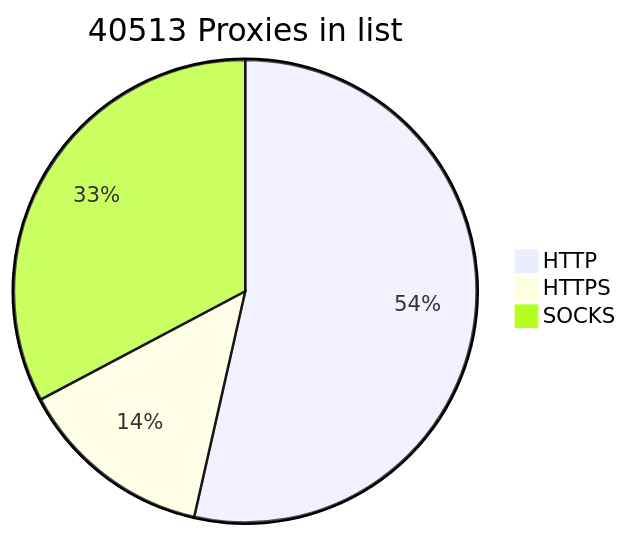
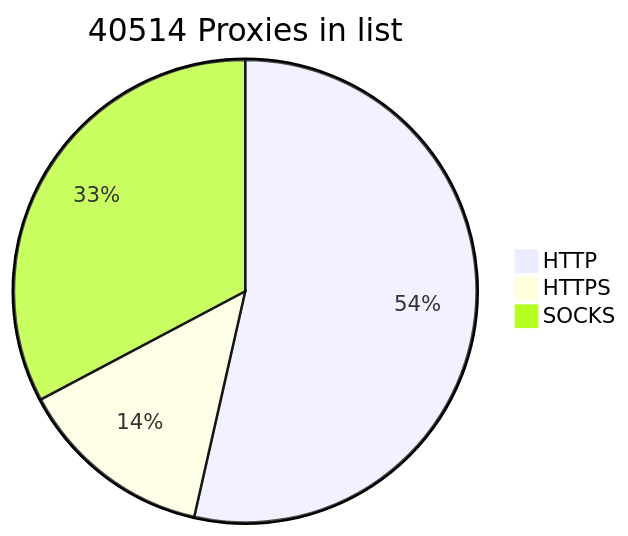
One commit to BlackSnowDot/proxylist-update-every-minute changed the diagram in README.md. Above: the diagram before and after it, drawn with Mermaid.

````diff
--- a/README.md
+++ b/README.md
@@ -2,6 +2,6 @@
 ```mermaid
-pie title 40513 Proxies in list
+pie title 40514 Proxies in list
     "HTTP" : 24320
     "HTTPS": 6227
-    "SOCKS" : 14875
+    "SOCKS" : 14876
 ```
````
